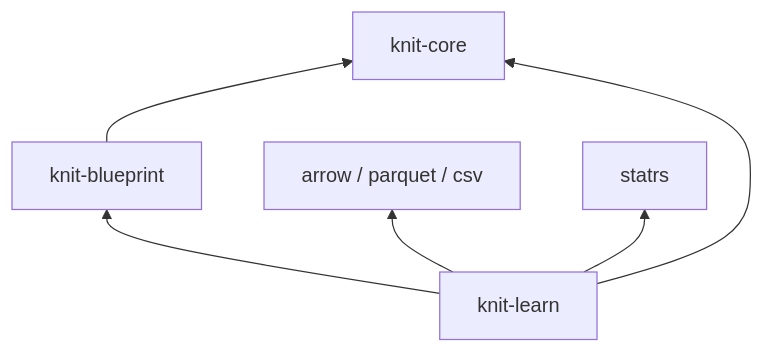
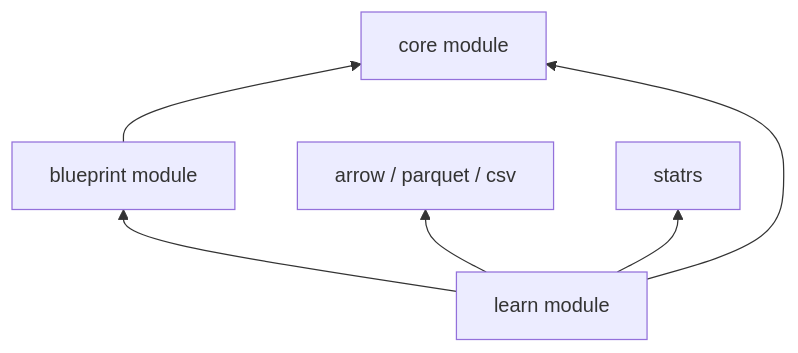
One commit to Yaming-Hub/knit changed the first of 8 diagrams in docs/design-learn.md. Above: the diagram before and after it, drawn with Mermaid. The commit also changed other lines of this file and 10 other files, not shown here.

````diff
--- a/docs/design-learn.md
+++ b/docs/design-learn.md
@@ -74,9 +74,9 @@
 ```mermaid
 flowchart BT
-    core[knit-core]
-    blueprint[knit-blueprint] --> core
-    learn[knit-learn] --> core
+    core[core module]
+    blueprint[blueprint module] --> core
+    learn[learn module] --> core
     learn --> blueprint
     learn --> arrow[arrow / parquet / csv]
     learn --> statrs[statrs]
 ```
````
